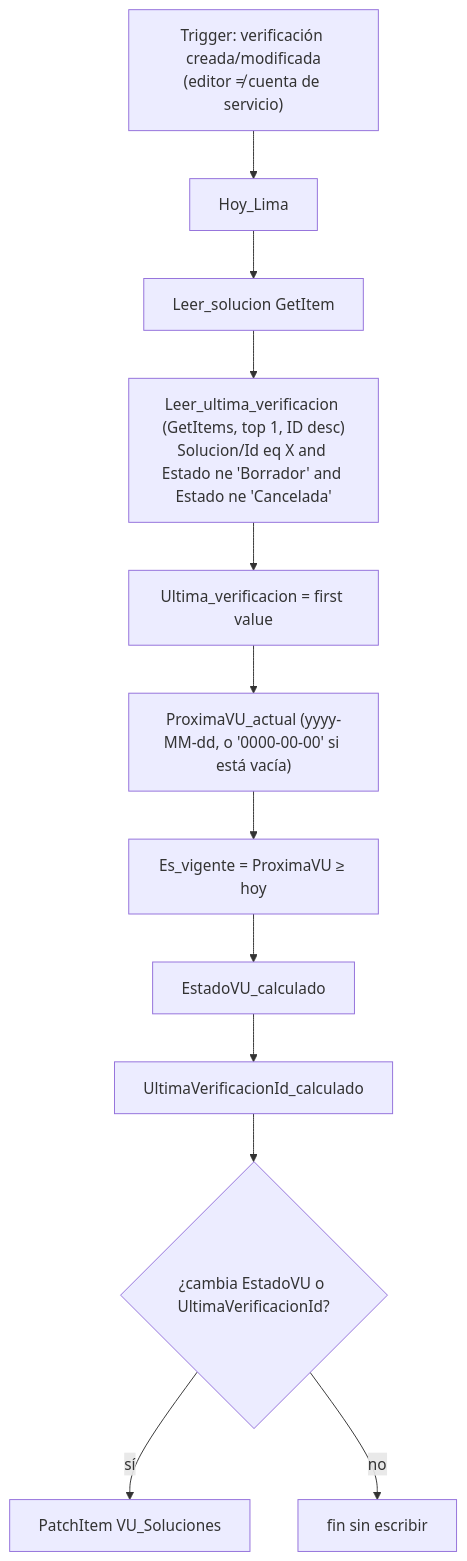
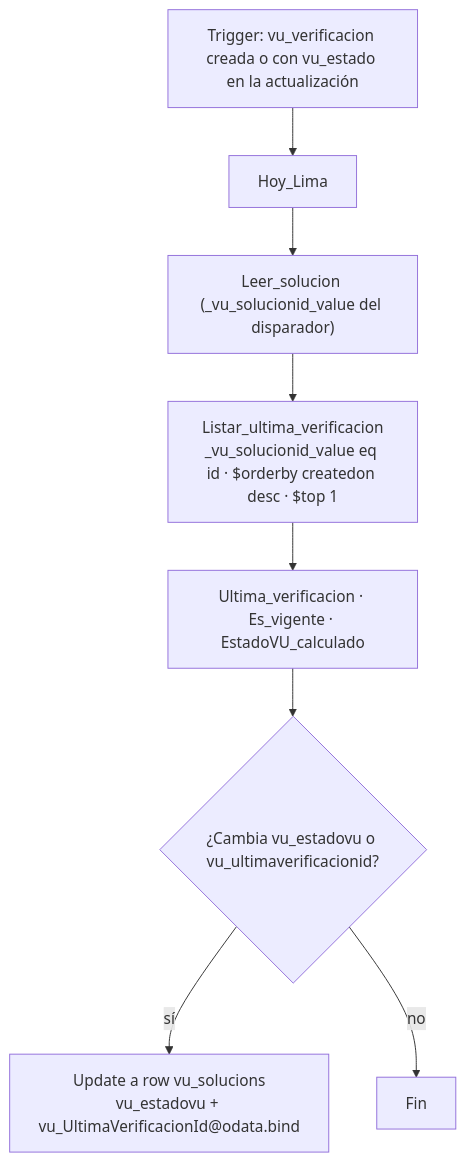
Before and after one commit to Biomont-Soluciones-Agiles/verificaciones-uso: the diagram in infra/power-automate/F3-EstadoSolucion/README.md, drawn with Mermaid. The commit also changed other lines of this file and 119 other files, not shown here.

````diff
--- a/infra/power-automate/F3-EstadoSolucion/README.md
+++ b/infra/power-automate/F3-EstadoSolucion/README.md
@@ -16,14 +15,10 @@
 ```mermaid
 flowchart TD
-    T["Trigger: verificación creada/modificada<br/>(editor ≠ cuenta de servicio)"] --> H[Hoy_Lima]
-    H --> S[Leer_solucion GetItem]
-    S --> U["Leer_ultima_verificacion (GetItems, top 1, ID desc)<br/>Solucion/Id eq X and Estado ne 'Borrador' and Estado ne 'Cancelada'"]
-    U --> C1[Ultima_verificacion = first value]
-    C1 --> C2["ProximaVU_actual (yyyy-MM-dd, o '0000-00-00' si está vacía)"]
-    C2 --> C3[Es_vigente = ProximaVU ≥ hoy]
-    C3 --> C4[EstadoVU_calculado]
-    C4 --> C5[UltimaVerificacionId_calculado]
-    C5 --> Q{¿cambia EstadoVU o UltimaVerificacionId?}
-    Q -- sí --> P[PatchItem VU_Soluciones]
-    Q -- no --> F[fin sin escribir]
+    T["Trigger: vu_verificacion creada o con vu_estado en la actualización"] --> H[Hoy_Lima]
+    H --> S["Leer_solucion (_vu_solucionid_value del disparador)"]
+    S --> U["Listar_ultima_verificacion<br/>_vu_solucionid_value eq id · $orderby createdon desc · $top 1"]
+    U --> C[Ultima_verificacion · Es_vigente · EstadoVU_calculado]
+    C --> K{¿Cambia vu_estadovu o vu_ultimaverificacionid?}
+    K -- sí --> W["Update a row vu_solucions<br/>vu_estadovu + vu_UltimaVerificacionId@odata.bind"]
+    K -- no --> Fin[Fin]
 ```
````
